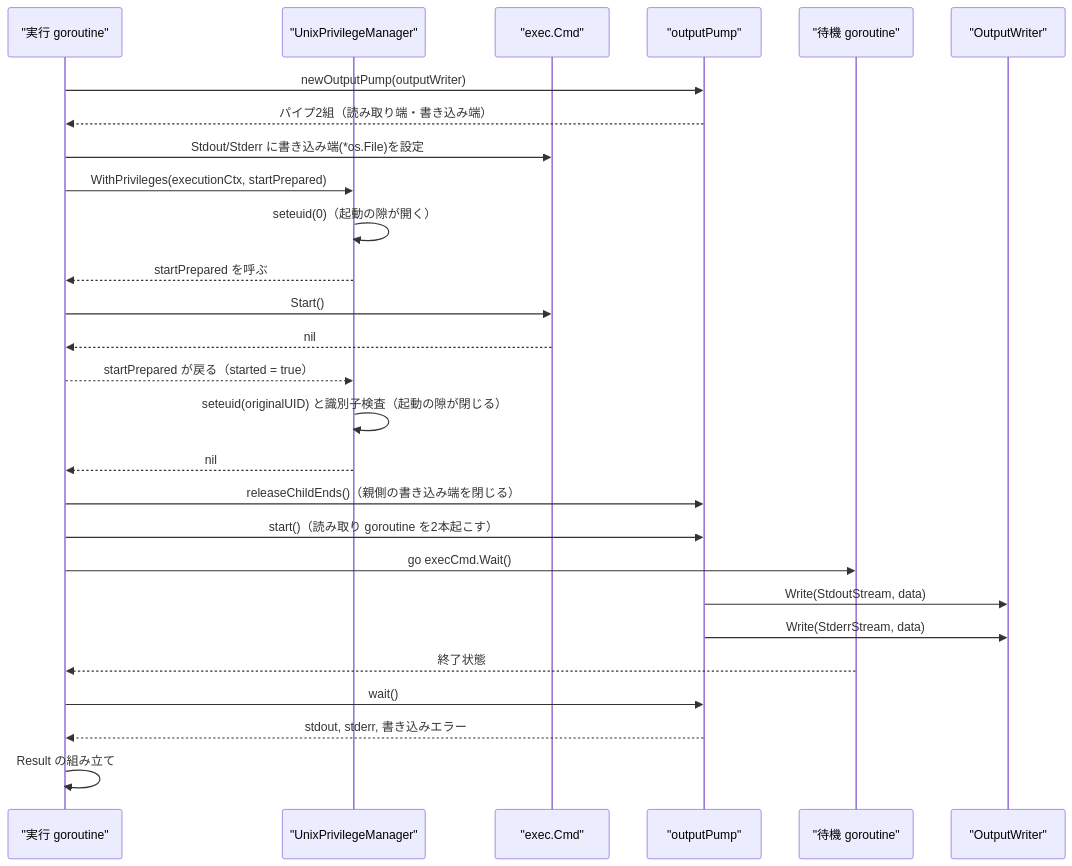
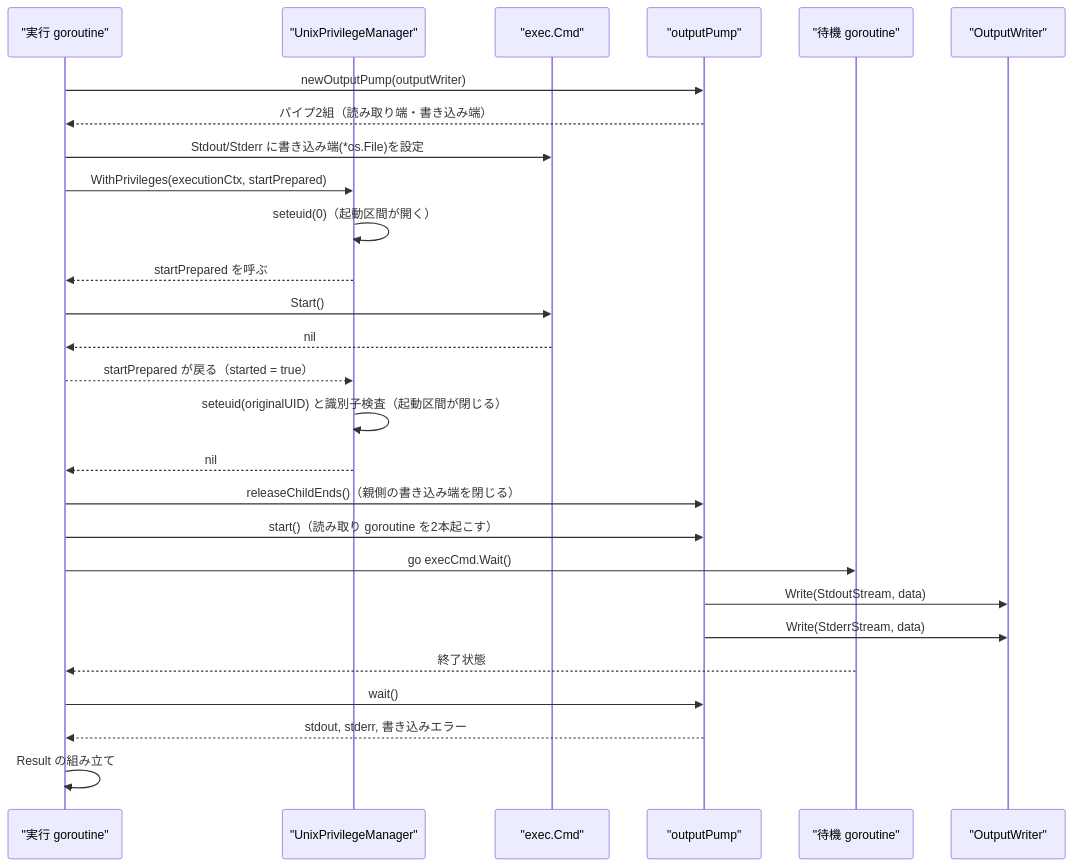
One commit to isseis/go-safe-cmd-runner changed the seventh of 13 diagrams in docs/tasks/0171_privilege_gap_narrowing/02_architecture.md. Above: the diagram before and after it, drawn with Mermaid. The commit also changed other lines of this file and 1 other file, not shown here.

````diff
--- a/docs/tasks/0171_privilege_gap_narrowing/02_architecture.md
+++ b/docs/tasks/0171_privilege_gap_narrowing/02_architecture.md
@@ -309,30 +309,30 @@
 ```mermaid
 sequenceDiagram
     participant EX as "実行 goroutine"
     participant PM as "UnixPrivilegeManager"
     participant CMD as "exec.Cmd"
     participant PUMP as "outputPump"
     participant W as "待機 goroutine"
     participant OW as "OutputWriter"
 
     EX->>PUMP: newOutputPump(outputWriter)
     PUMP-->>EX: パイプ2組（読み取り端・書き込み端）
     EX->>CMD: Stdout/Stderr に書き込み端(*os.File)を設定
     EX->>PM: WithPrivileges(executionCtx, startPrepared)
-    PM->>PM: seteuid(0)（起動の隙が開く）
+    PM->>PM: seteuid(0)（起動区間が開く）
     PM-->>EX: startPrepared を呼ぶ
     EX->>CMD: Start()
     CMD-->>EX: nil
     EX-->>PM: startPrepared が戻る（started = true）
-    PM->>PM: seteuid(originalUID) と識別子検査（起動の隙が閉じる）
+    PM->>PM: seteuid(originalUID) と識別子検査（起動区間が閉じる）
     PM-->>EX: nil
     EX->>PUMP: releaseChildEnds()（親側の書き込み端を閉じる）
     EX->>PUMP: start()（読み取り goroutine を2本起こす）
     EX->>W: go execCmd.Wait()
     PUMP->>OW: Write(StdoutStream, data)
     PUMP->>OW: Write(StderrStream, data)
     W-->>EX: 終了状態
     EX->>PUMP: wait()
     PUMP-->>EX: stdout, stderr, 書き込みエラー
     EX->>EX: Result の組み立て
 ```
````
